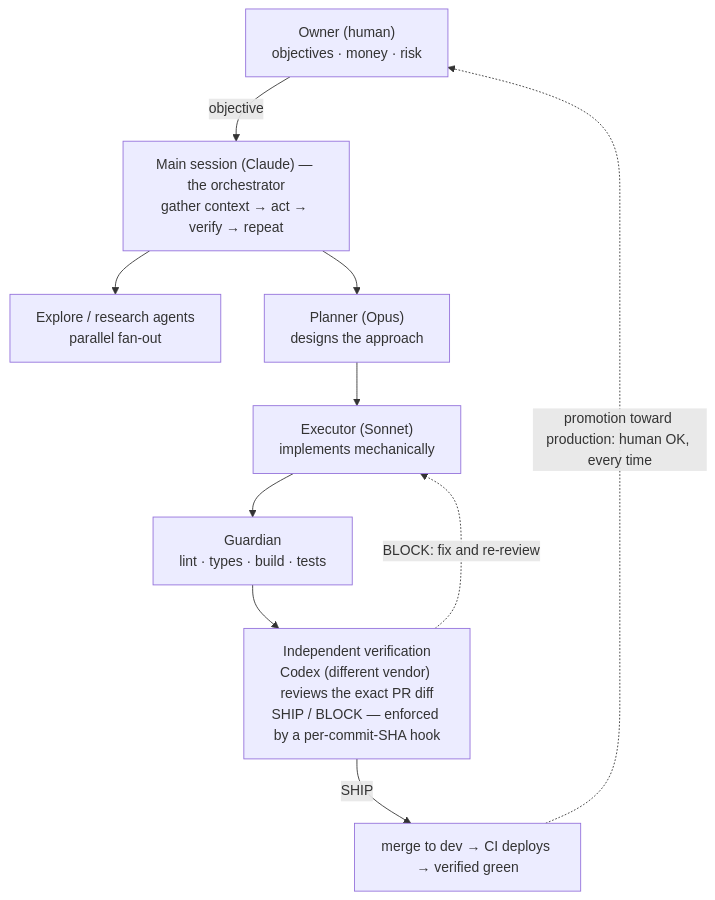
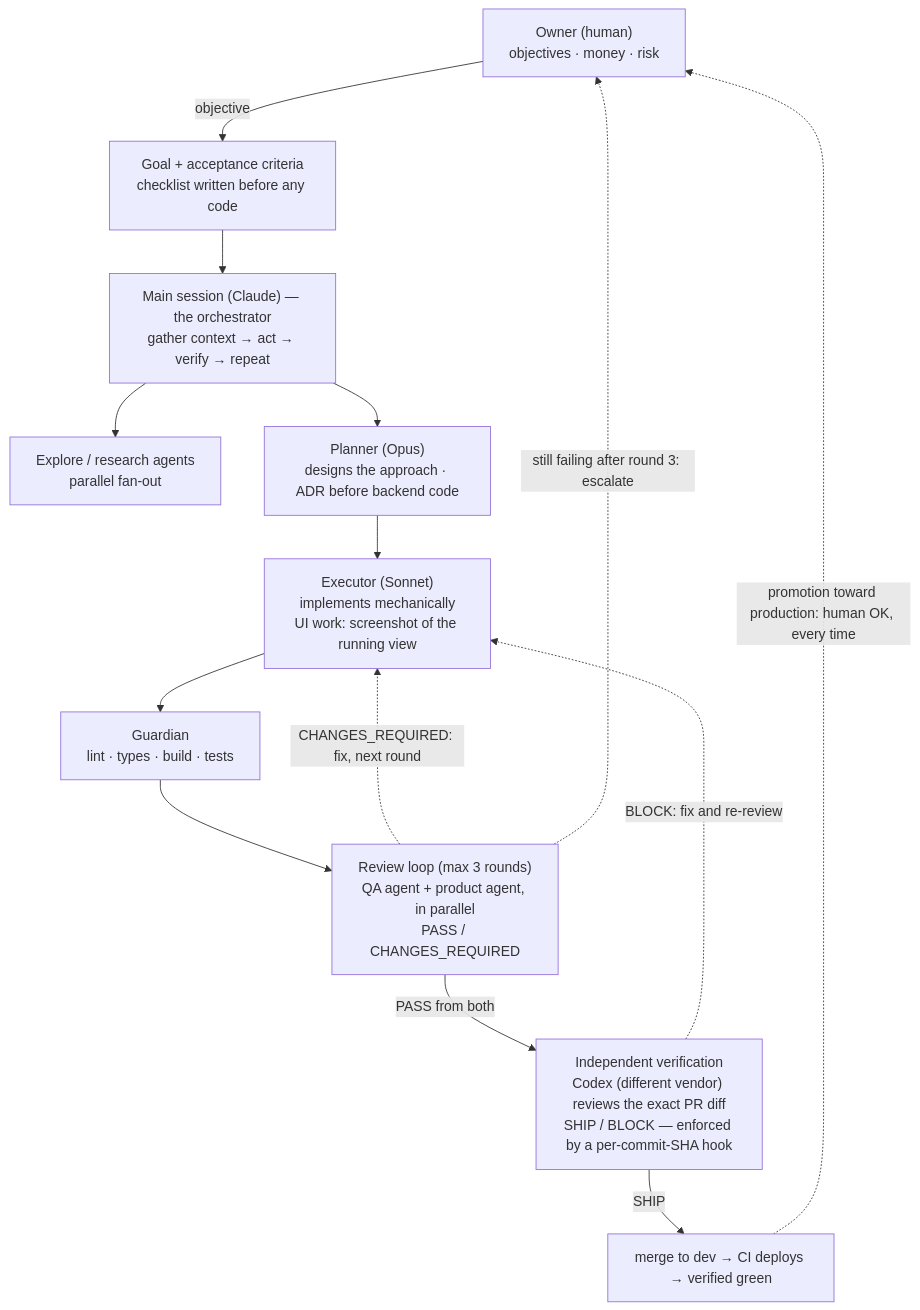
One commit to pirrongelli/apollo-orchestration changed the diagram in README.md. Above: the diagram before and after it, drawn with Mermaid. The commit also changed other lines of this file and 1 other file, not shown here.

Commit message:
docs: add workflow gates to the pipeline definition
Goal + acceptance-criteria checklist before code, frontend screenshot and
backend ADR gates, and a bounded 3-round QA/product review loop with
PASS/CHANGES_REQUIRED verdicts. Mirrored into the CLAUDE.md template.

````diff
--- a/README.md
+++ b/README.md
@@ -17,21 +17,27 @@
 ```mermaid
 flowchart TB
     Owner["Owner (human)<br/>objectives · money · risk"]
+    Goal["Goal + acceptance criteria<br/>checklist written before any code"]
     Main["Main session (Claude) — the orchestrator<br/>gather context → act → verify → repeat"]
     Explore["Explore / research agents<br/>parallel fan-out"]
-    Planner["Planner (Opus)<br/>designs the approach"]
-    Executor["Executor (Sonnet)<br/>implements mechanically"]
+    Planner["Planner (Opus)<br/>designs the approach · ADR before backend code"]
+    Executor["Executor (Sonnet)<br/>implements mechanically<br/>UI work: screenshot of the running view"]
     Guardian["Guardian<br/>lint · types · build · tests"]
+    Review["Review loop (max 3 rounds)<br/>QA agent + product agent, in parallel<br/>PASS / CHANGES_REQUIRED"]
     Verify["Independent verification<br/>Codex (different vendor) reviews the exact PR diff<br/>SHIP / BLOCK — enforced by a per-commit-SHA hook"]
     Merge["merge to dev → CI deploys → verified green"]
 
-    Owner -->|objective| Main
+    Owner -->|objective| Goal
+    Goal --> Main
     Main --> Explore
     Main --> Planner
     Planner --> Executor
     Executor --> Guardian
-    Guardian --> Verify
+    Guardian --> Review
+    Review -->|PASS from both| Verify
+    Review -.->|"CHANGES_REQUIRED: fix, next round"| Executor
+    Review -.->|"still failing after round 3: escalate"| Owner
     Verify -->|SHIP| Merge
     Verify -.->|BLOCK: fix and re-review| Executor
     Merge -.->|"promotion toward production: human OK, every time"| Owner
 ```
````
